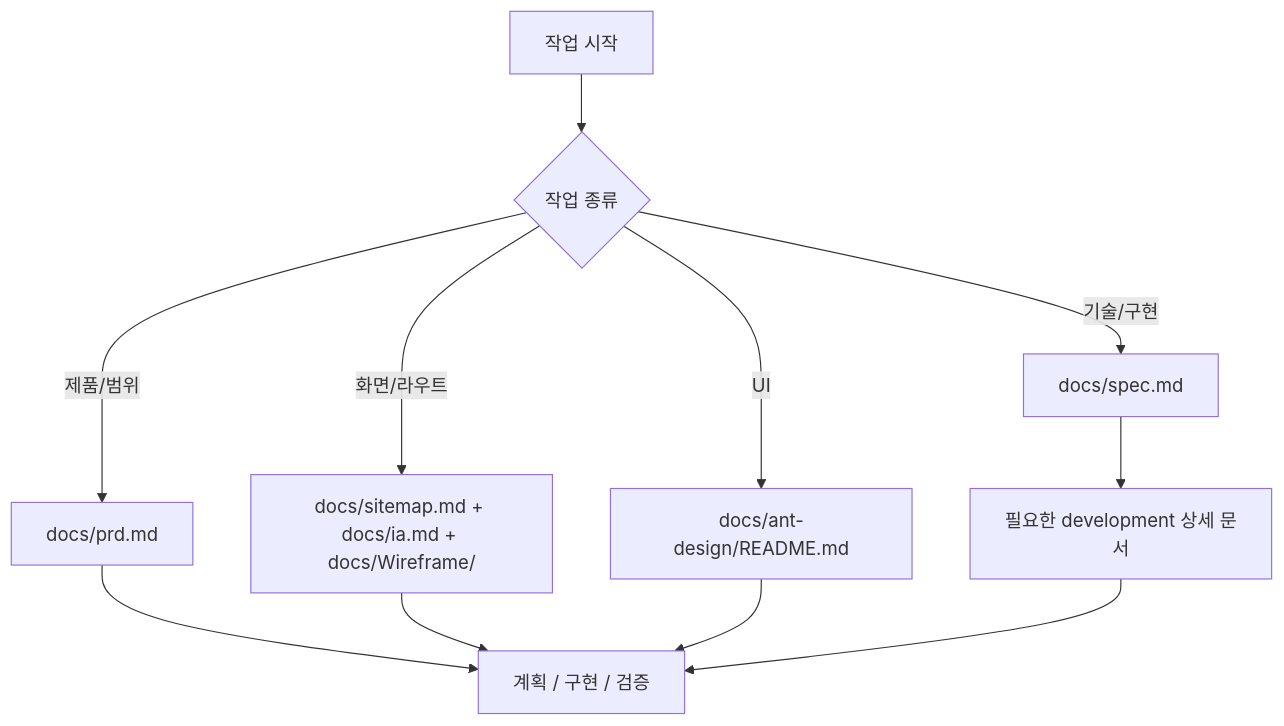
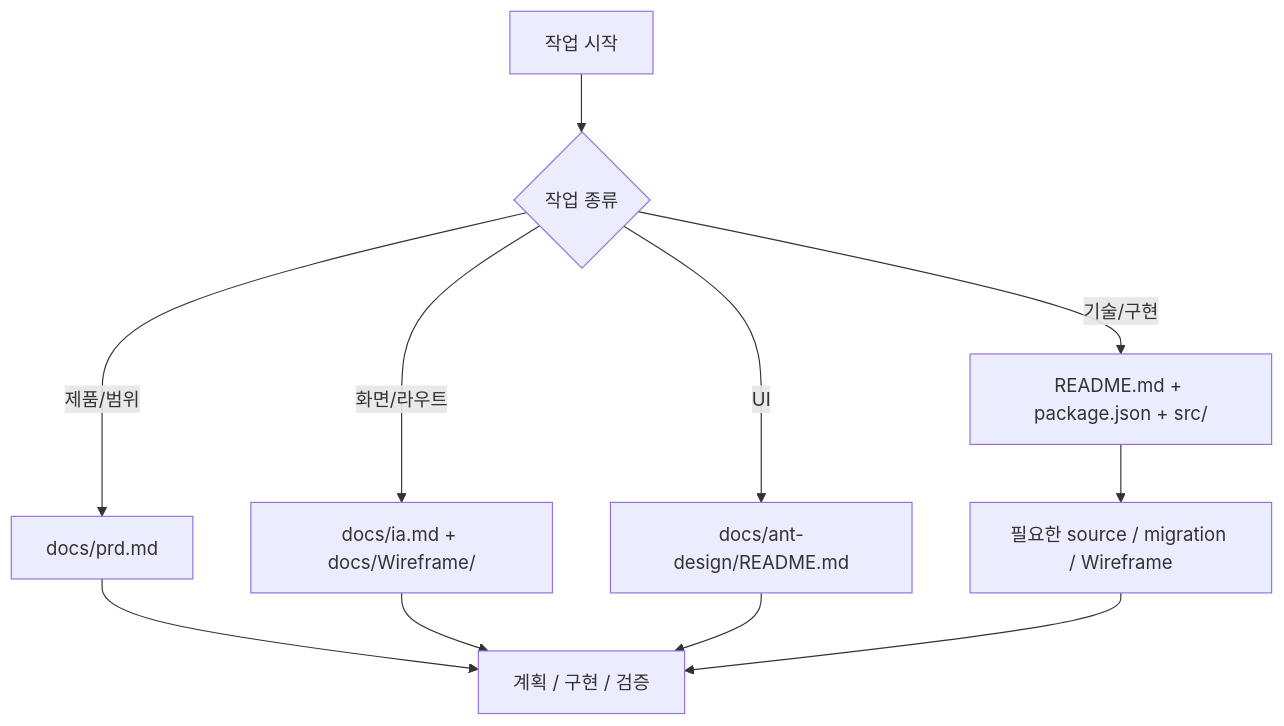
Before and after one commit to blackstarzck/topik-project-v13: the sixth of 8 diagrams in README.md, drawn with Mermaid. The commit also changed other lines of this file and 436 other files, not shown here.

````diff
--- a/README.md
+++ b/README.md
@@ -171,13 +171,13 @@
 ```mermaid
 flowchart TD
     A["작업 시작"] --> C{"작업 종류"}
     C -->|"제품/범위"| D["docs/prd.md"]
-    C -->|"기술/구현"| E["docs/spec.md"]
-    C -->|"화면/라우트"| F["docs/sitemap.md + docs/ia.md + docs/Wireframe/"]
+    C -->|"기술/구현"| E["README.md + package.json + src/"]
+    C -->|"화면/라우트"| F["docs/ia.md + docs/Wireframe/"]
     C -->|"UI"| G["docs/ant-design/README.md"]
-    E --> I["필요한 development 상세 문서"]
+    E --> I["필요한 source / migration / Wireframe"]
     D --> J["계획 / 구현 / 검증"]
     F --> J
     G --> J
     I --> J
 ```
````
